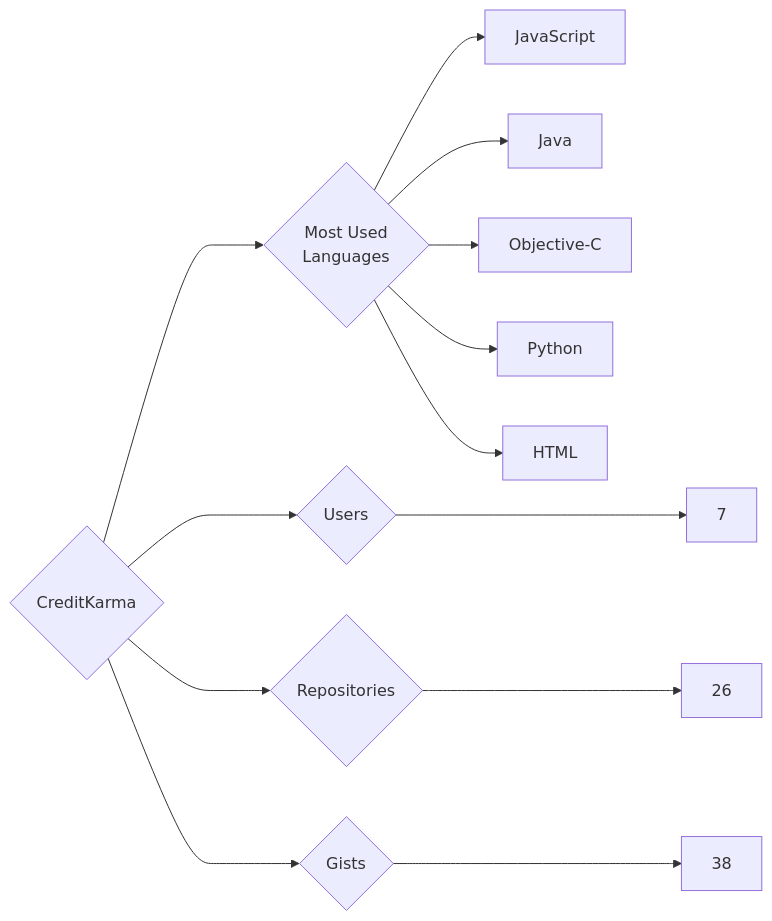
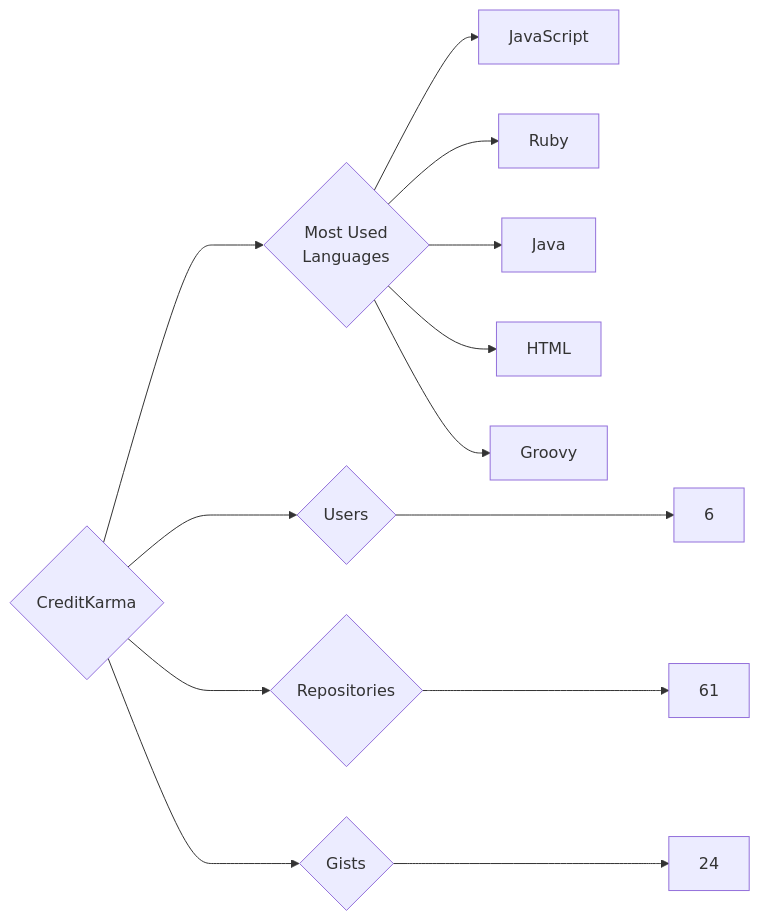
The diagram in targets/CreditKarma/README.md (trickest/insiders), drawn with Mermaid before and after one commit. The commit also changed 1148 other files, not shown here.

````diff
--- a/targets/CreditKarma/README.md
+++ b/targets/CreditKarma/README.md
@@ -3,13 +3,13 @@
 ```mermaid
 graph LR
 COMPANY_NAME{CreditKarma}
-COMPANY_NAME ---> U{Users} ---> UN[7]
-COMPANY_NAME ---> R{Repositories} ---> RN[26]
-COMPANY_NAME ---> G{Gists} ---> GN[38]
+COMPANY_NAME ---> U{Users} ---> UN[6]
+COMPANY_NAME ---> R{Repositories} ---> RN[61]
+COMPANY_NAME ---> G{Gists} ---> GN[24]
 COMPANY_NAME ---> ML{Most Used<br>Languages}
 ML --> JavaScript[JavaScript]
+ML --> Ruby[Ruby]
 ML --> Java[Java]
-ML --> Objective-C[Objective-C]
-ML --> Python[Python]
 ML --> HTML[HTML]
+ML --> Groovy[Groovy]
 ```
````
